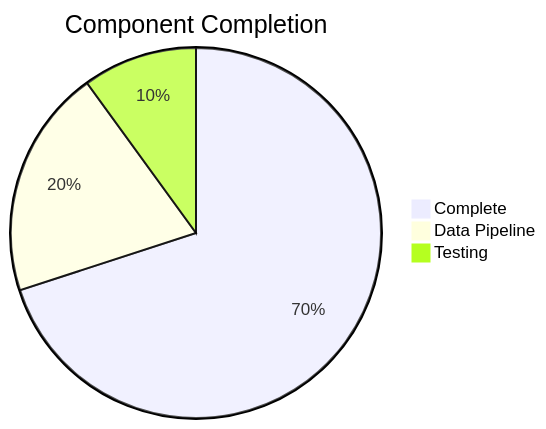
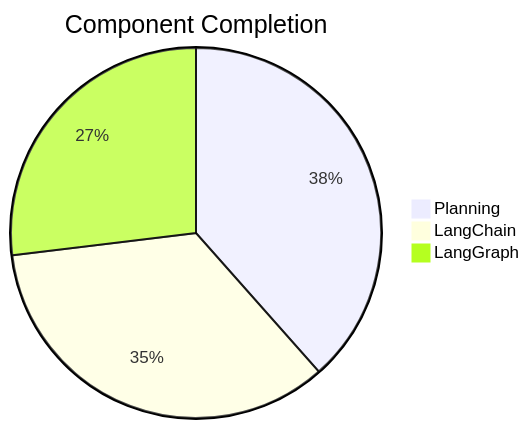
One commit to laialex501/lorechat-container changed the diagram in memory-bank/progress.md. Above: the diagram before and after it, drawn with Mermaid. The commit also changed other lines of this file and 30 other files, not shown here.

Commit message:
Migrate to use LangGraph and LangChain base classes

````diff
--- a/memory-bank/progress.md
+++ b/memory-bank/progress.md
@@ -6,6 +6,6 @@
 ```mermaid
 pie title Component Completion
-    "Complete" : 70
-    "Data Pipeline" : 20
-    "Testing" : 10
+    "Planning" : 100
+    "LangChain" : 90
+    "LangGraph" : 70
 ```
````
